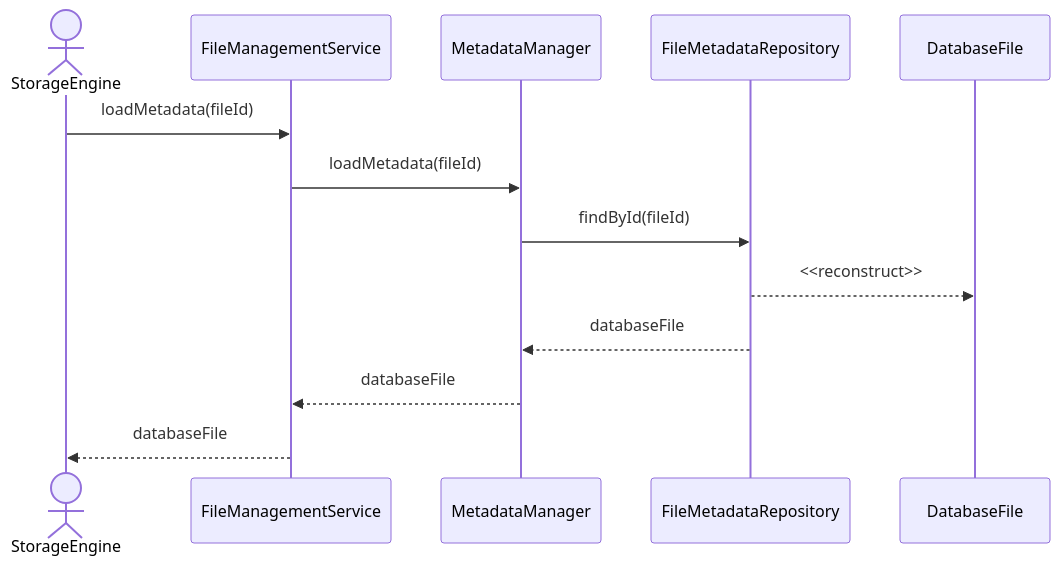
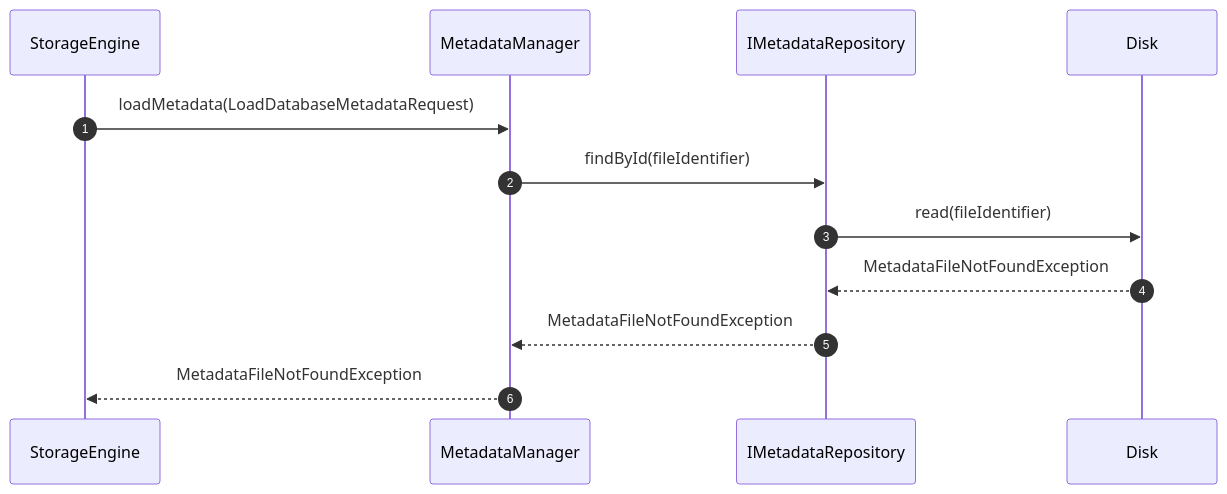
The third of 6 diagrams in docs/data-storage-and-access/file-management/file-metadata/sequence-diagrams/02-load-metadata-from-disk.md (Huy1801214/dbms-architecture), drawn with Mermaid before and after one commit. The commit also changed other lines of this file and 21 other files, not shown here.

Commit message:
add file metadata architecture class diagram, sequence diagrams, and modeling guidelines

````diff
--- a/docs/data-storage-and-access/file-management/file-metadata/sequence-diagrams/02-load-metadata-from-disk.md
+++ b/docs/data-storage-and-access/file-management/file-metadata/sequence-diagrams/02-load-metadata-from-disk.md
@@ -11,18 +90,21 @@
 ```mermaid
 sequenceDiagram
-    actor StorageEngine
-    participant FileManagementService
-    participant MetadataManager
-    participant FileMetadataRepository
-    participant DatabaseFile
+    autonumber
 
-    StorageEngine->>FileManagementService: loadMetadata(fileId)
-    FileManagementService->>MetadataManager: loadMetadata(fileId)
+    participant SE as StorageEngine
+    participant MM as MetadataManager
+    participant IMR as IMetadataRepository
+    participant Disk as Disk
 
-    MetadataManager->>FileMetadataRepository: findById(fileId)
-    FileMetadataRepository-->>DatabaseFile: <<reconstruct>>
-    FileMetadataRepository-->>MetadataManager: databaseFile
+    SE->>MM: loadMetadata(LoadDatabaseMetadataRequest)
 
-    MetadataManager-->>FileManagementService: databaseFile
-    FileManagementService-->>StorageEngine: databaseFile
+    MM->>IMR: findById(fileIdentifier)
+
+    IMR->>Disk: read(fileIdentifier)
+
+    Disk-->>IMR: MetadataFileNotFoundException
+
+    IMR-->>MM: MetadataFileNotFoundException
+
+    MM-->>SE: MetadataFileNotFoundException
 ```
````
